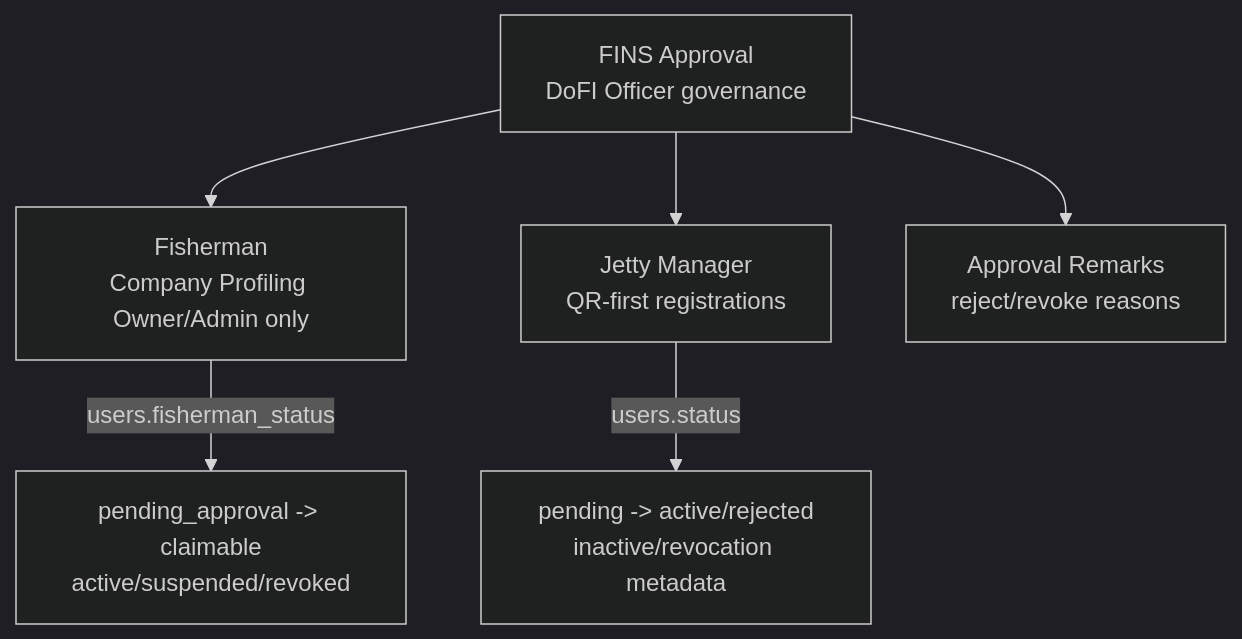
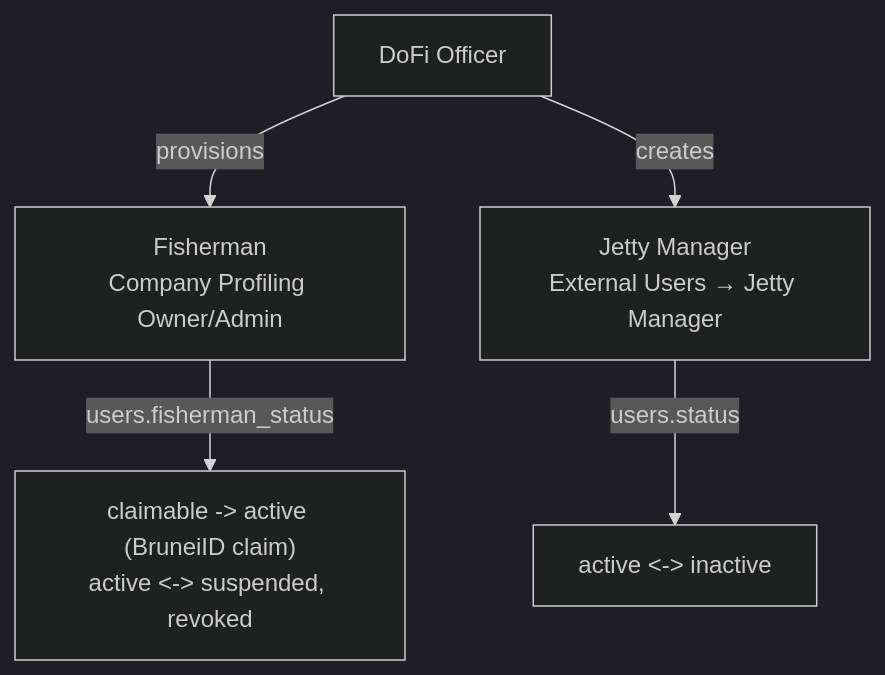
Before and after one commit to arya020595/st_dofi_backend: the sixth of 7 diagrams in docs/ARCHITECTURE.md, drawn with Mermaid (dark theme). The commit also changed other lines of this file and 77 other files, not shown here.

First line of the commit message:
refactor: remove FINS Approval and external-user self-registration

````diff
--- a/docs/ARCHITECTURE.md
+++ b/docs/ARCHITECTURE.md
@@ -255,13 +254,11 @@
 ```mermaid
 graph TB
-    FINS["FINS Approval<br/>DoFI Officer governance"]
-    FISH["Fisherman<br/>Company Profiling Owner/Admin only"]
-    JETTY["Jetty Manager<br/>QR-first registrations"]
-    REMARKS["Approval Remarks<br/>reject/revoke reasons"]
+    OFFICER["DoFi Officer"]
+    FISH["Fisherman<br/>Company Profiling Owner/Admin"]
+    JETTY["Jetty Manager<br/>External Users → Jetty Manager"]
 
-    FINS --> FISH
-    FINS --> JETTY
-    FINS --> REMARKS
-    FISH -->|"users.fisherman_status"| FISHSTATE["pending_approval -> claimable<br/>active/suspended/revoked"]
-    JETTY -->|"users.status"| JETTYSTATE["pending -> active/rejected<br/>inactive/revocation metadata"]
+    OFFICER -->|"provisions"| FISH
+    OFFICER -->|"creates"| JETTY
+    FISH -->|"users.fisherman_status"| FISHSTATE["claimable -> active (BruneiID claim)<br/>active <-> suspended, revoked"]
+    JETTY -->|"users.status"| JETTYSTATE["active <-> inactive"]
 ```
````
